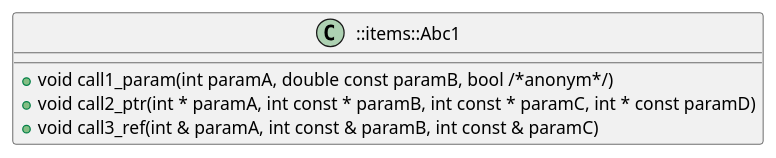
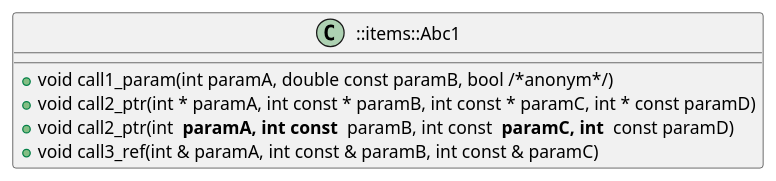
The diagram in examples/inheritgraph/cpp_args.cpp.puml (anetczuk/gcc-uml), drawn with PlantUML before and after one commit. The commit also changed 29 other files, not shown here.

Commit message:
Show virtual table on inheritance graph

```diff
--- a/examples/inheritgraph/cpp_args.cpp.puml
+++ b/examples/inheritgraph/cpp_args.cpp.puml
@@ -1,10 +1,11 @@
 @startuml
 
 class "::items::Abc1" as item_0 {
     {method} + void call1_param(int paramA, double const paramB, bool /*anonym*/) 
     {method} + void call2_ptr(int * paramA, int const * paramB, int const * paramC, int * const paramD) 
+    {method} + void call2_ptr(int ** paramA, int const ** paramB, int const ** paramC, int ** const paramD) 
     {method} + void call3_ref(int & paramA, int const & paramB, int const & paramC) 
 }
 
 
 @enduml
```
